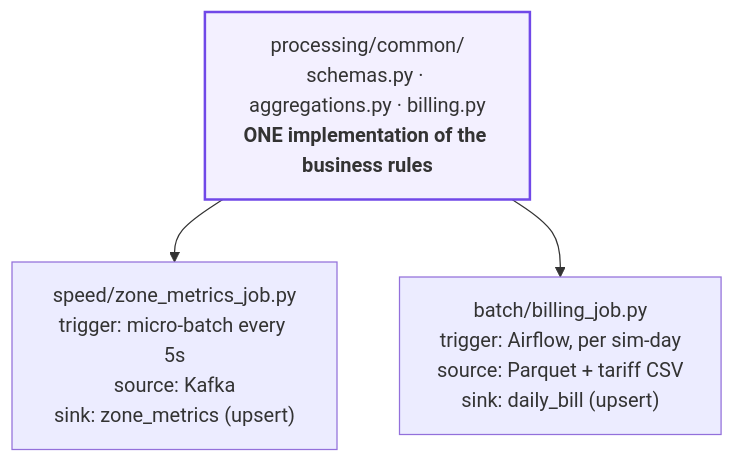
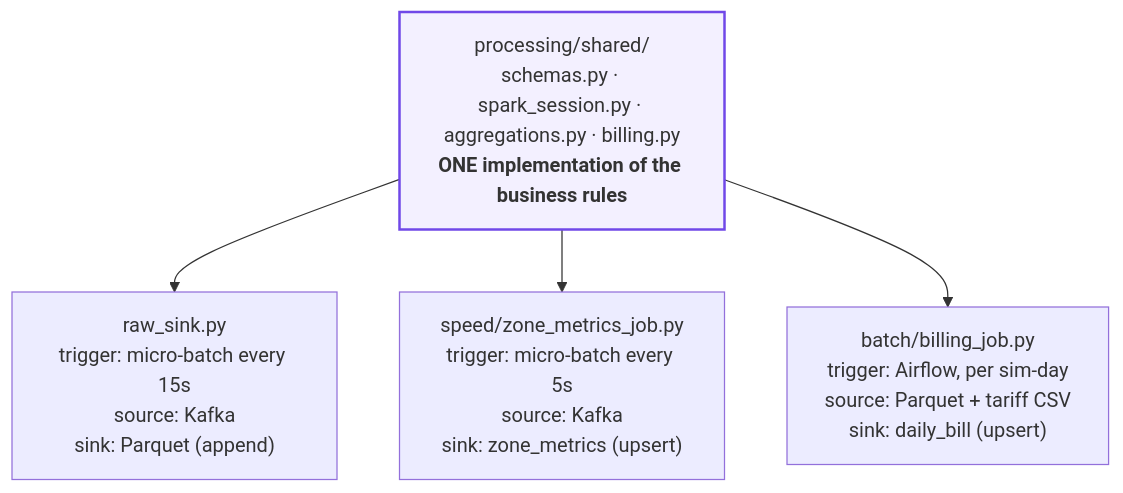
The second of 2 diagrams in docs/01-architecture-diagram.md (kanishkapg/Smart-Grid-Energy), drawn with Mermaid before and after one commit. The commit also changed other lines of this file and 19 other files, not shown here.

````diff
--- a/docs/01-architecture-diagram.md
+++ b/docs/01-architecture-diagram.md
@@ -50,8 +50,9 @@
 ```mermaid
 flowchart TB
-  CM["processing/common/<br/>schemas.py · aggregations.py · billing.py<br/><b>ONE implementation of the business rules</b>"]
+  CM["processing/shared/<br/>schemas.py · spark_session.py · aggregations.py · billing.py<br/><b>ONE implementation of the business rules</b>"]
+  CM --> RS["raw_sink.py<br/>trigger: micro-batch every 15s<br/>source: Kafka<br/>sink: Parquet (append)"]
   CM --> SP["speed/zone_metrics_job.py<br/>trigger: micro-batch every 5s<br/>source: Kafka<br/>sink: zone_metrics (upsert)"]
   CM --> BT["batch/billing_job.py<br/>trigger: Airflow, per sim-day<br/>source: Parquet + tariff CSV<br/>sink: daily_bill (upsert)"]
   classDef shared fill:#f3f0ff,stroke:#7048e8,stroke-width:2px
   class CM shared
 ```
````
